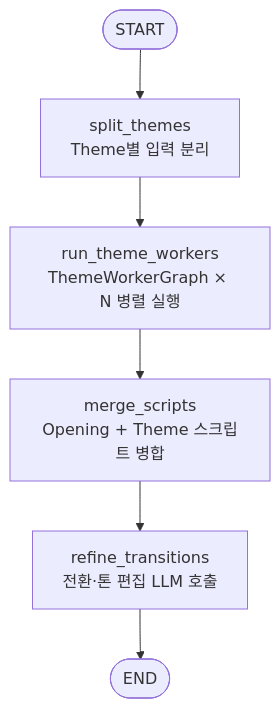
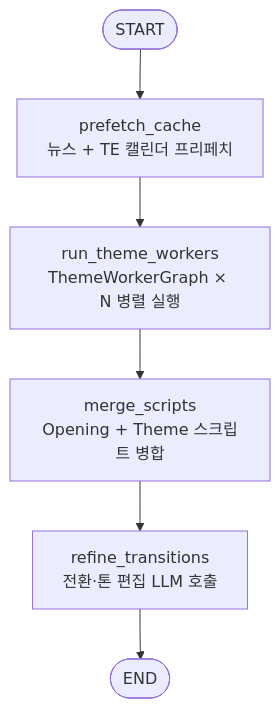
Before and after one commit to junseok0913/25fw-kubig-mas: the second of 3 diagrams in ThemeAgent/ARCHITECTURE.md, drawn with Mermaid. The commit also changed other lines of this file and 13 other files, not shown here.

````diff
--- a/ThemeAgent/ARCHITECTURE.md
+++ b/ThemeAgent/ARCHITECTURE.md
@@ -109,11 +109,11 @@
 ```mermaid
 flowchart TD
     TG_START([START])
-    SPLIT[split_themes<br/>Theme별 입력 분리]
+    PF[prefetch_cache<br/>뉴스 + TE 캘린더 프리페치]
     PAR[run_theme_workers<br/>ThemeWorkerGraph × N 병렬 실행]
     MERGE[merge_scripts<br/>Opening + Theme 스크립트 병합]
     REF[refine_transitions<br/>전환·톤 편집 LLM 호출]
     TG_END([END])
 
-    TG_START --> SPLIT --> PAR --> MERGE --> REF --> TG_END
+    TG_START --> PF --> PAR --> MERGE --> REF --> TG_END
 ```
````
